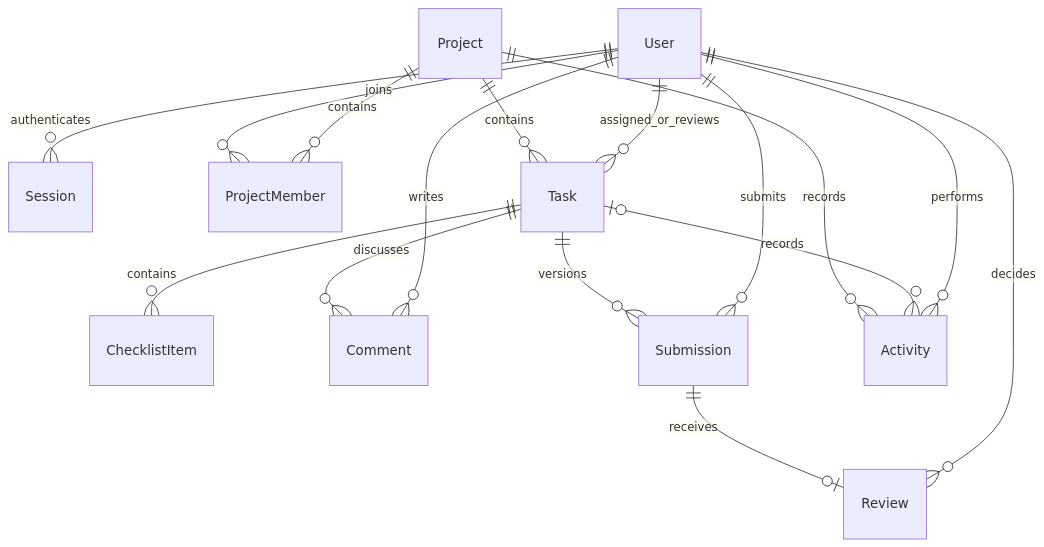
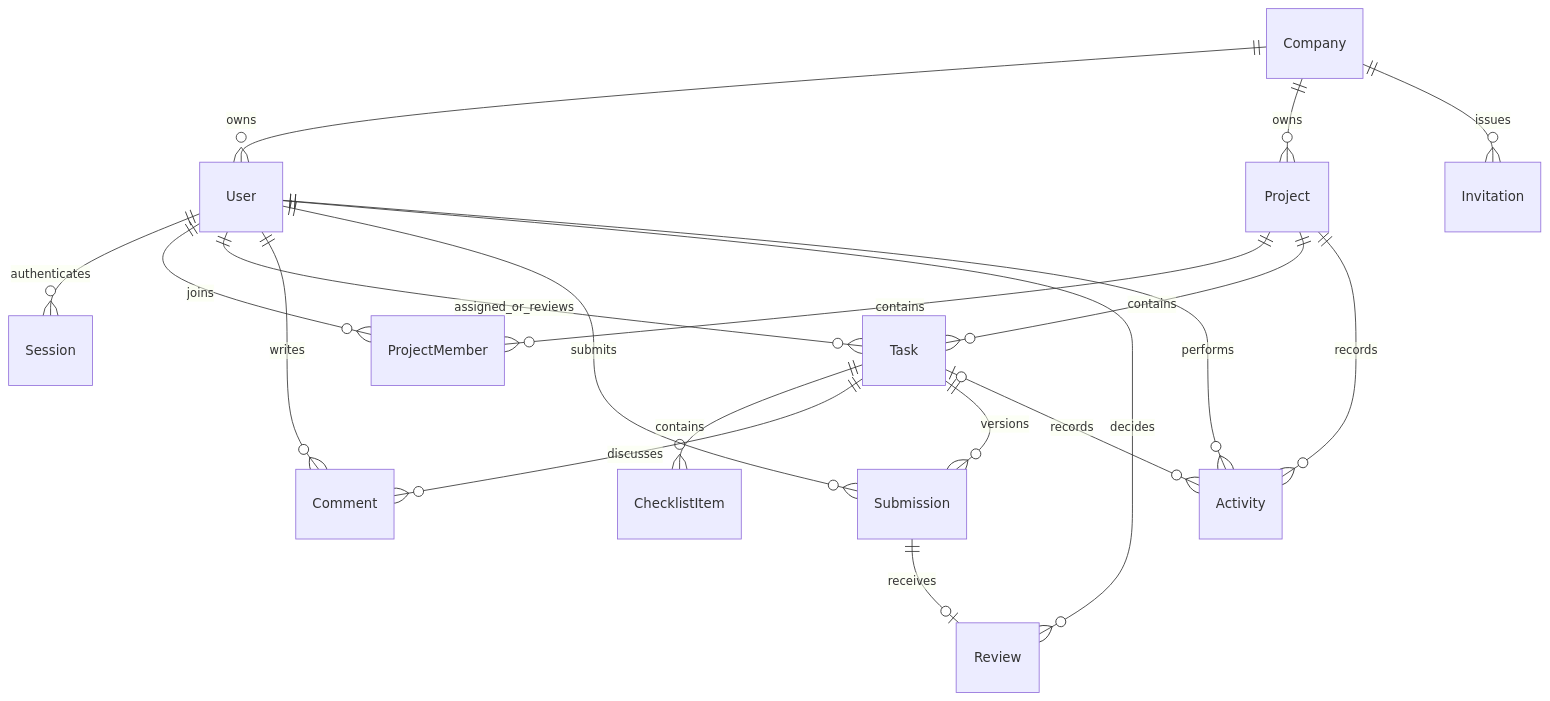
One commit to ainsalimah/devtrac changed the diagram in README.md. Above: the diagram before and after it, drawn with Mermaid. The commit also changed other lines of this file and 12 other files, not shown here.

````diff
--- a/README.md
+++ b/README.md
@@ -69,18 +72,21 @@
 ```mermaid
 erDiagram
+  Company ||--o{ User : owns
+  Company ||--o{ Project : owns
+  Company ||--o{ Invitation : issues
   User ||--o{ Session : authenticates
   User ||--o{ ProjectMember : joins
   Project ||--o{ ProjectMember : contains
   Project ||--o{ Task : contains
   User ||--o{ Task : assigned_or_reviews
   Task ||--o{ ChecklistItem : contains
   Task ||--o{ Comment : discusses
   User ||--o{ Comment : writes
   Task ||--o{ Submission : versions
   Submission ||--o| Review : receives
   User ||--o{ Submission : submits
   User ||--o{ Review : decides
   Project ||--o{ Activity : records
   Task o|--o{ Activity : records
   User ||--o{ Activity : performs
 ```
````
